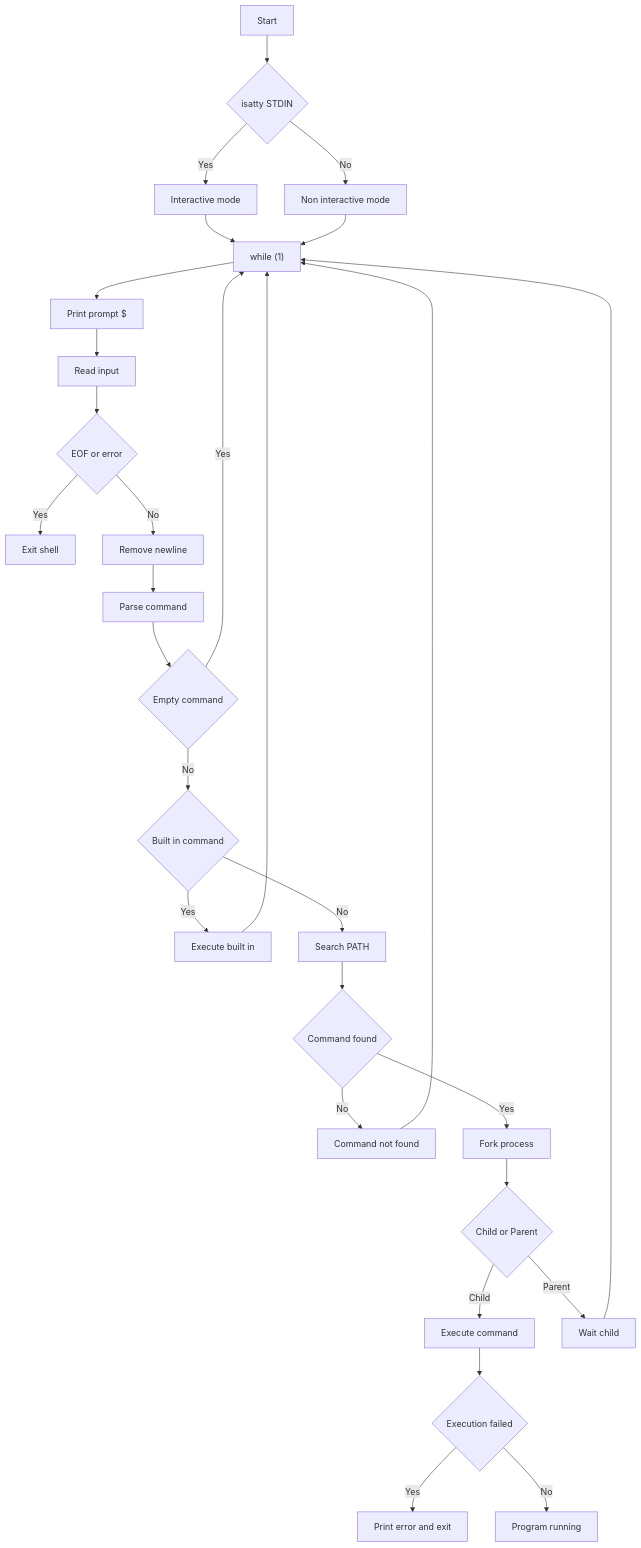
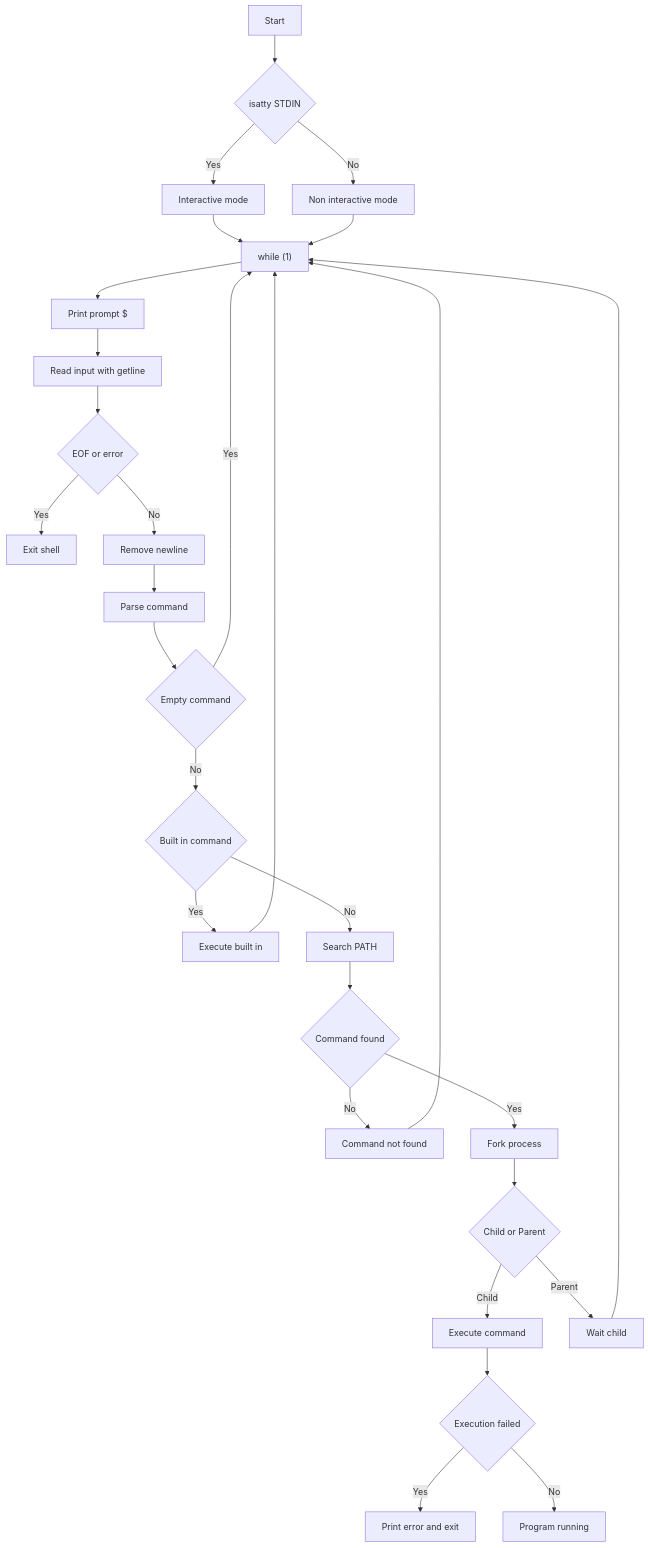
The diagram in README.md (Gigi-Corlay/holbertonschool-simple_shell), drawn with Mermaid before and after one commit.

Commit message:
Update input reading method to use getline

````diff
--- a/README.md
+++ b/README.md
@@ -56,43 +56,43 @@
 ```mermaid
 flowchart TD
     A[Start] --> B{isatty STDIN}
 
     B -- Yes --> C[Interactive mode]
     B -- No --> D[Non interactive mode]
 
     C --> E["while (1)"]
     D --> E
 
     E --> F[Print prompt $]
-    F --> G[Read input]
+    F --> G[Read input with getline]
 
     G --> H{EOF or error}
     H -- Yes --> I[Exit shell]
     H -- No --> J[Remove newline]
 
     J --> K[Parse command]
 
     K --> L{Empty command}
     L -- Yes --> E
 
     L -- No --> M{Built in command}
     M -- Yes --> N[Execute built in]
     N --> E
 
     M -- No --> O[Search PATH]
 
     O --> P{Command found}
     P -- No --> Q[Command not found]
     Q --> E
 
     P -- Yes --> R[Fork process]
 
     R --> S{Child or Parent}
     S -- Child --> T[Execute command]
     T --> U{Execution failed}
     U -- Yes --> V[Print error and exit]
     U -- No --> W[Program running]
 
     S -- Parent --> X[Wait child]
     X --> E
 ```
````
